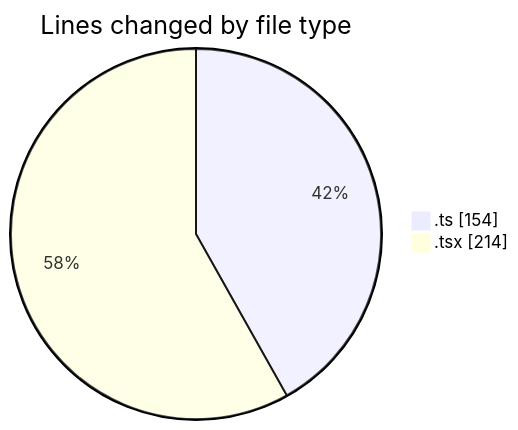
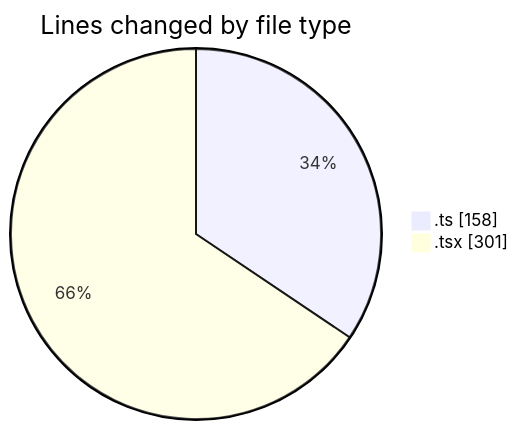
The first of 2 diagrams in 2025-12-02/cda/README.md (momahboobian/code-tracking), drawn with Mermaid before and after one commit. The commit also changed other lines of this file and 1 other file, not shown here.

````diff
--- a/2025-12-02/cda/README.md
+++ b/2025-12-02/cda/README.md
@@ -22,6 +23,6 @@
 ```mermaid
 pie showData
 title Lines changed by file type
-".ts" : 154
-".tsx" : 214
+".ts" : 158
+".tsx" : 301
 ```
````
